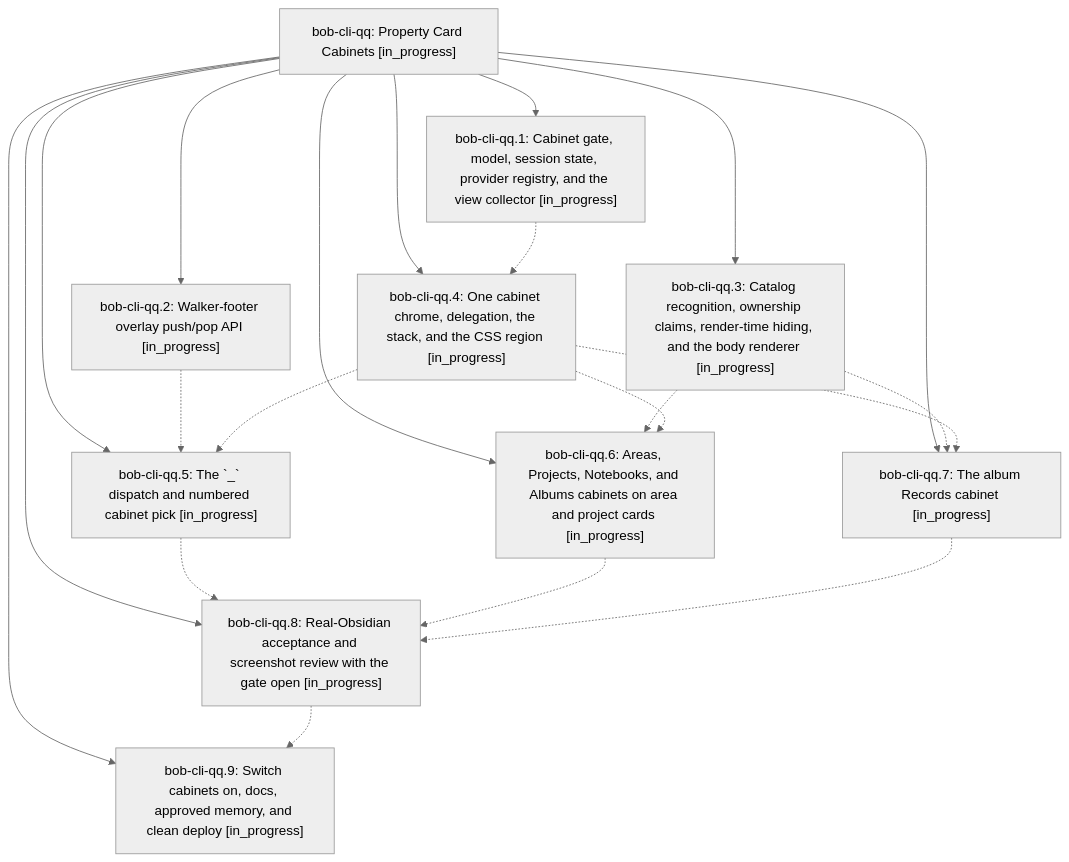
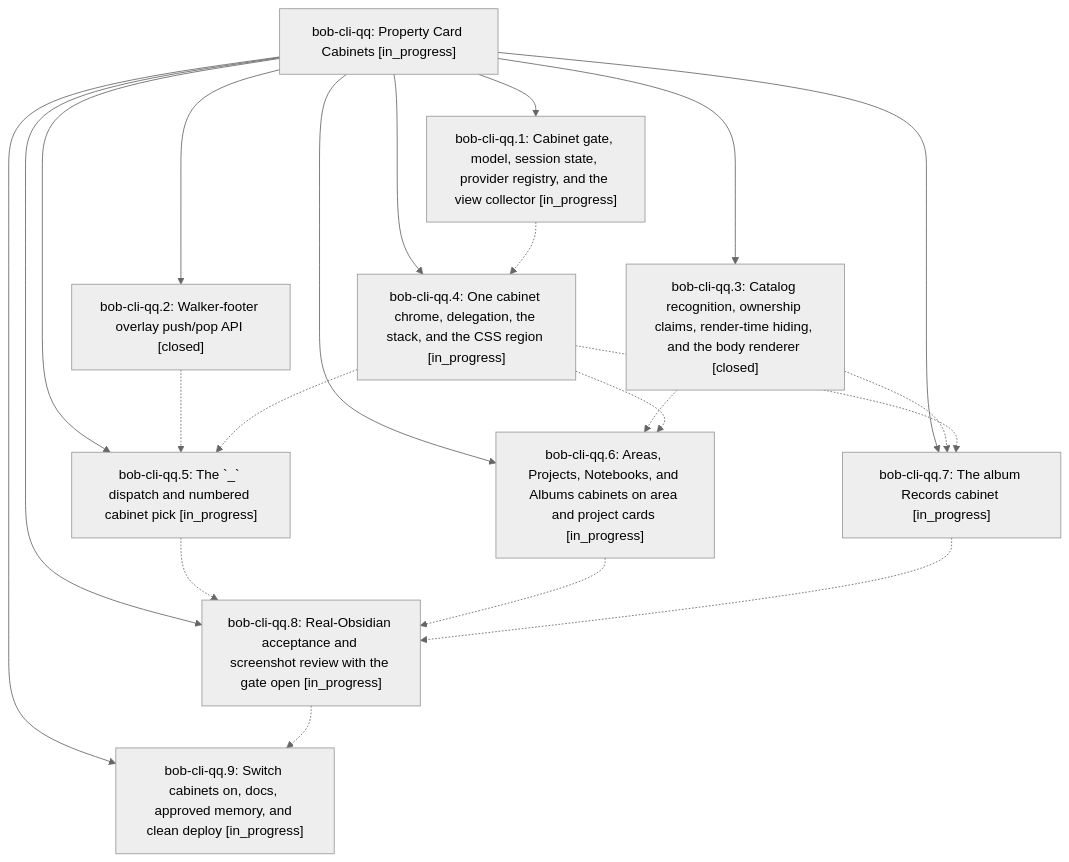
One commit to bobs-org/bob-cli--beads changed the diagram in pages/bob-cli-qq/README.md. Above: the diagram before and after it, drawn with Mermaid (neutral theme). The commit also changed other lines of this file and 7 other files, not shown here.

First line of the commit message:
chore(beads): sync bead state and pages for bob-cli-qq

````diff
--- a/pages/bob-cli-qq/README.md
+++ b/pages/bob-cli-qq/README.md
@@ -30,33 +30,33 @@
 ```mermaid
 flowchart TD
     n0["bob-cli-qq: Property Card Cabinets [in_progress]"]
     n1["bob-cli-qq.1: Cabinet gate, model, session state, provider registry, and the view collector [in_progress]"]
-    n2["bob-cli-qq.2: Walker-footer overlay push/pop API [in_progress]"]
-    n3["bob-cli-qq.3: Catalog recognition, ownership claims, render-time hiding, and the body renderer [in_progress]"]
+    n2["bob-cli-qq.2: Walker-footer overlay push/pop API [closed]"]
+    n3["bob-cli-qq.3: Catalog recognition, ownership claims, render-time hiding, and the body renderer [closed]"]
     n4["bob-cli-qq.4: One cabinet chrome, delegation, the stack, and the CSS region [in_progress]"]
     n5["bob-cli-qq.5: The `_` dispatch and numbered cabinet pick [in_progress]"]
     n6["bob-cli-qq.6: Areas, Projects, Notebooks, and Albums cabinets on area and project cards [in_progress]"]
     n7["bob-cli-qq.7: The album Records cabinet [in_progress]"]
     n8["bob-cli-qq.8: Real-Obsidian acceptance and screenshot review with the gate open [in_progress]"]
     n9["bob-cli-qq.9: Switch cabinets on, docs, approved memory, and clean deploy [in_progress]"]
     n0 --> n1
     n0 --> n2
     n0 --> n3
     n0 --> n4
     n0 --> n5
     n0 --> n6
     n0 --> n7
     n0 --> n8
     n0 --> n9
     n1 -.-> n4
     n2 -.-> n5
     n3 -.-> n6
     n3 -.-> n7
     n4 -.-> n5
     n4 -.-> n6
     n4 -.-> n7
     n5 -.-> n8
     n6 -.-> n8
     n7 -.-> n8
     n8 -.-> n9
 ```
````
